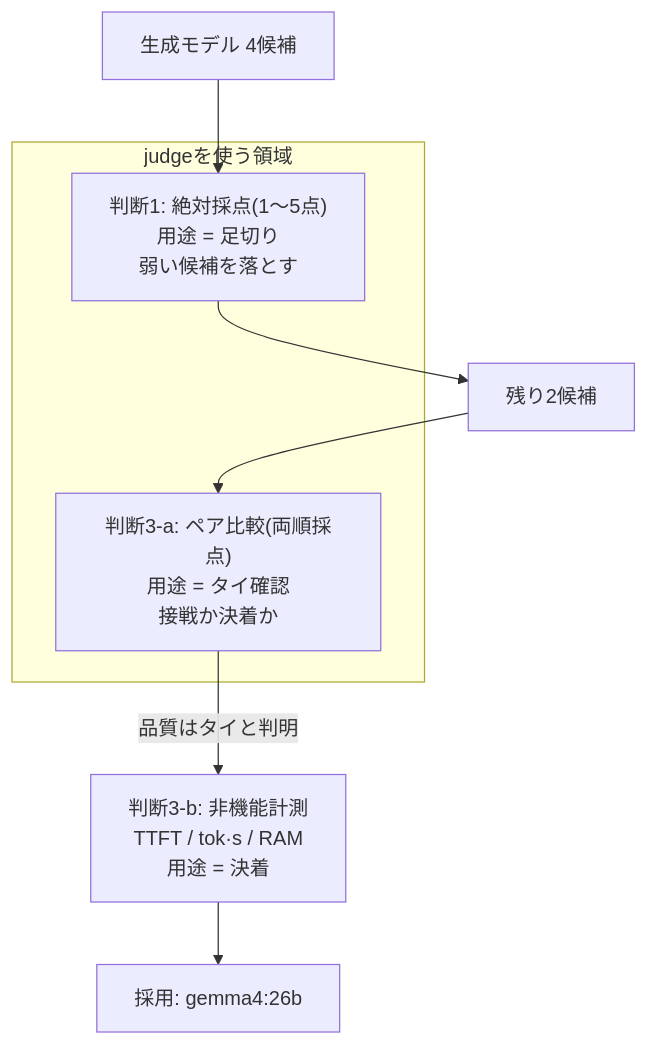
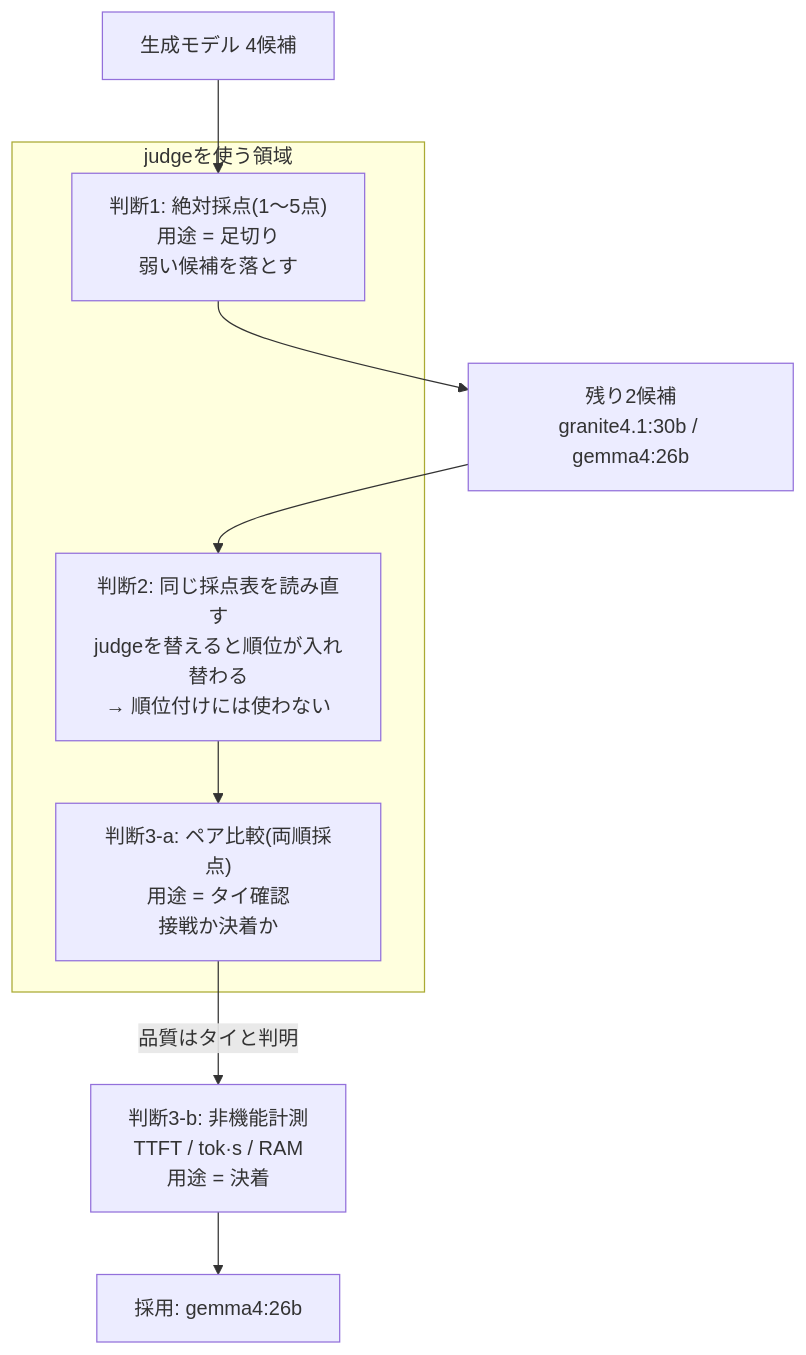
One commit to yuya0408/zenn-content changed the diagram in articles/llm-as-judge-rag.md. Above: the diagram before and after it, drawn with Mermaid. The commit also changed other lines of this file, not shown here.

````diff
--- a/articles/llm-as-judge-rag.md
+++ b/articles/llm-as-judge-rag.md
@@ -17,12 +17,13 @@
 ```mermaid
 flowchart TD
     A["生成モデル 4候補"]
     subgraph J["judgeを使う領域"]
         B["判断1: 絶対採点(1〜5点)<br/>用途 = 足切り<br/>弱い候補を落とす"]
+        E["判断2: 同じ採点表を読み直す<br/>judgeを替えると順位が入れ替わる<br/>→ 順位付けには使わない"]
         D["判断3-a: ペア比較(両順採点)<br/>用途 = タイ確認<br/>接戦か決着か"]
     end
     F["判断3-b: 非機能計測<br/>TTFT / tok·s / RAM<br/>用途 = 決着"]
-    A --> B --> C["残り2候補"] --> D
+    A --> B --> C["残り2候補<br/>granite4.1:30b / gemma4:26b"] --> E --> D
     D -->|"品質はタイと判明"| F
     F --> G["採用: gemma4:26b"]
 ```
````
